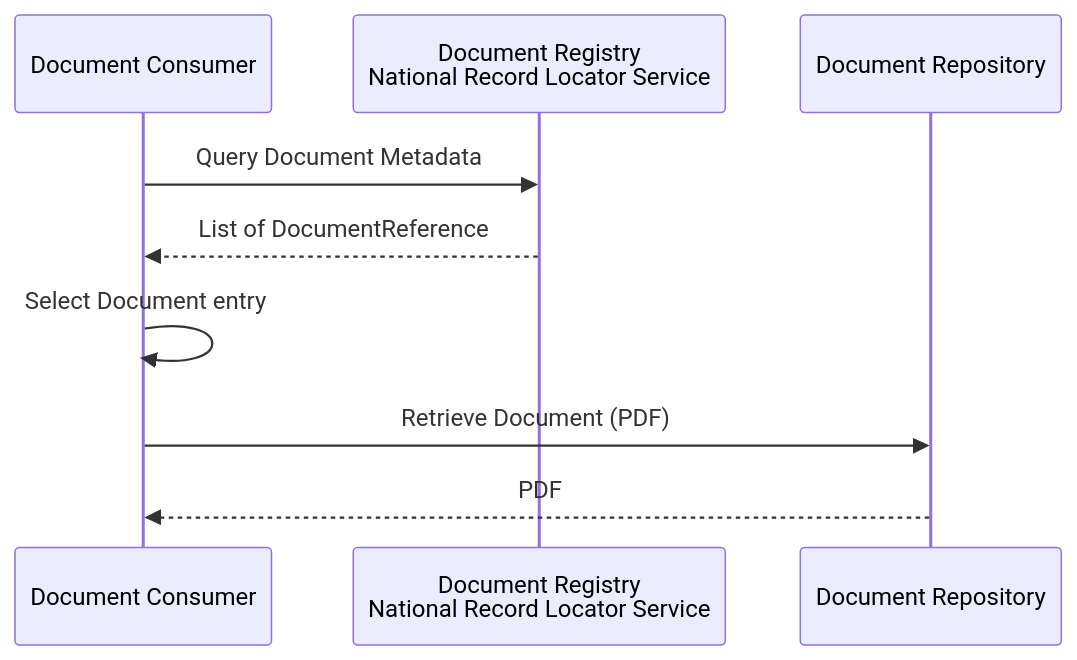
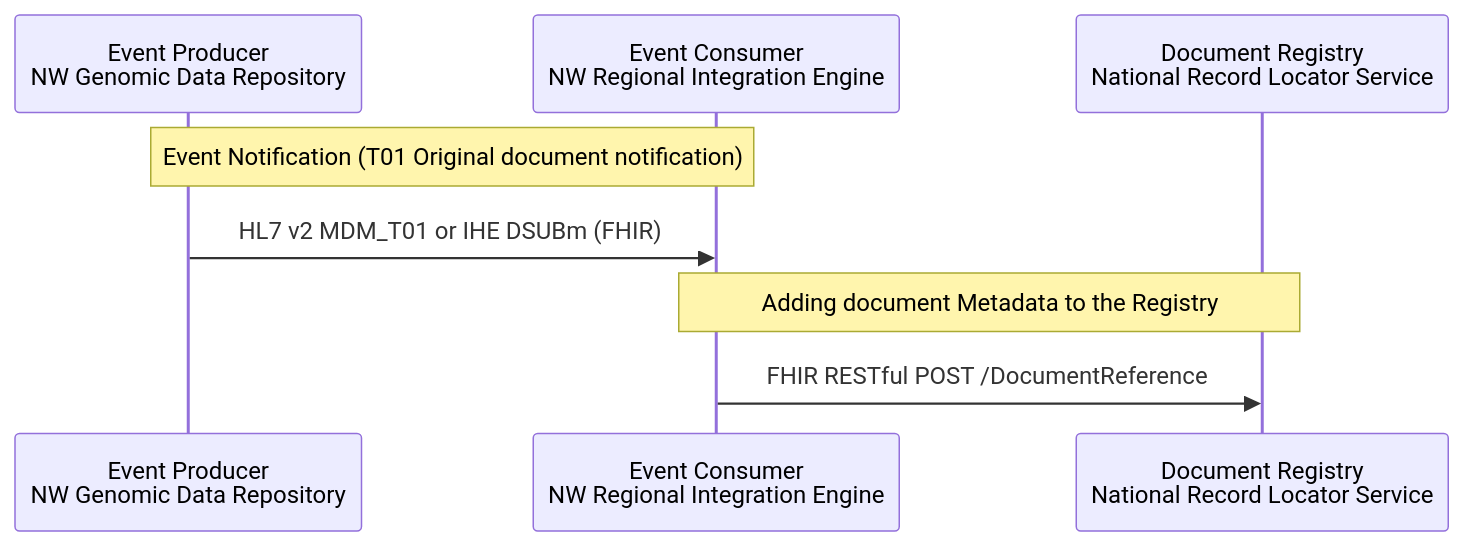
Before and after one commit to uk-gov-mirror/nw-gmsa.nw-gmsa.github.com: the fifth of 6 diagrams in input/pagecontent/workflow-report-options.md, drawn with Mermaid. The commit also changed other lines of this file, not shown here.

````diff
--- a/input/pagecontent/workflow-report-options.md
+++ b/input/pagecontent/workflow-report-options.md
@@ -85,12 +92,12 @@
 ```mermaid
 sequenceDiagram
-    participant Consumer As Document Consumer
+    participant Producer As Event Producer<br/>NW Genomic Data Repository
+    participant Consumer As Event Consumer<br/>NW Regional Integration Engine
     participant Registry As Document Registry<br/>National Record Locator Service
-    participant Repository As Document Repository
 
-    Consumer ->> Registry: Query Document Metadata
-    Registry -->> Consumer: List of DocumentReference
-    Consumer ->> Consumer: Select Document entry
-    Consumer ->> Repository: Retrieve Document (PDF)
-    Repository -->> Consumer: PDF
+   
+    Note over Producer,Consumer: Event Notification (T01 Original document notification)
+    Producer ->> Consumer: HL7 v2 MDM_T01 or IHE DSUBm (FHIR)
+    Note over Consumer,Registry: Adding document Metadata to the Registry
+    Consumer ->> Registry: FHIR RESTful POST /DocumentReference
 ```
````
